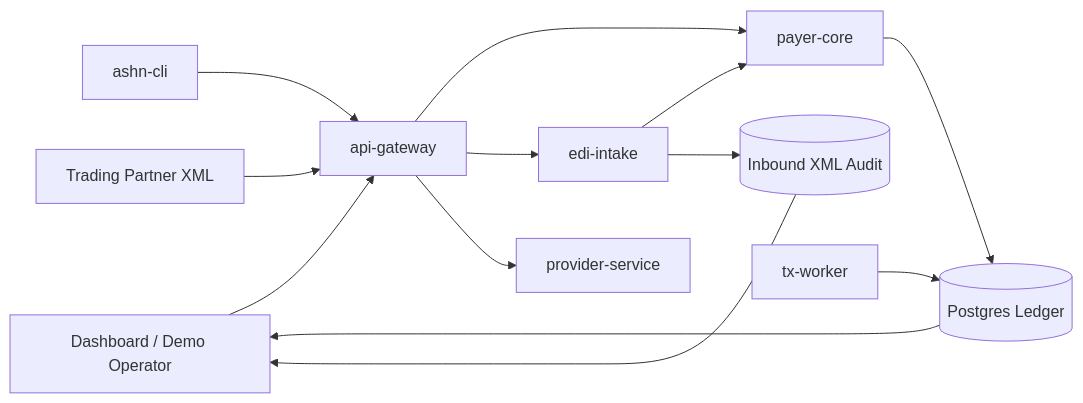
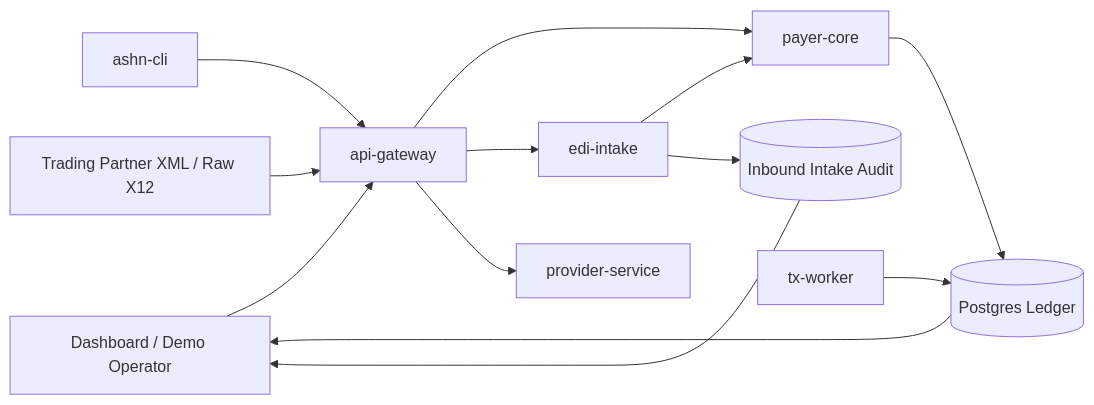
Before and after one commit to orieken/adventure-society-health-network: the first of 17 diagrams in docs/supported-workflows.md, drawn with Mermaid. The commit also changed other lines of this file and 14 other files, not shown here.

Commit message:
Add raw X12 intake parsing

````diff
--- a/docs/supported-workflows.md
+++ b/docs/supported-workflows.md
@@ -7,18 +7,18 @@
 ```mermaid
 flowchart LR
     Dashboard["Dashboard / Demo Operator"] --> Gateway["api-gateway"]
     CLI["ashn-cli"] --> Gateway
-    Partner["Trading Partner XML"] --> Gateway
+    Partner["Trading Partner XML / Raw X12"] --> Gateway
 
     Gateway --> Payer["payer-core"]
     Gateway --> Intake["edi-intake"]
     Gateway --> Provider["provider-service"]
 
     Intake --> Payer
     Payer --> Ledger[("Postgres Ledger")]
-    Intake --> Audit[("Inbound XML Audit")]
+    Intake --> Audit[("Inbound Intake Audit")]
     Worker["tx-worker"] --> Ledger
 
     Ledger --> Dashboard
     Audit --> Dashboard
 ```
````
